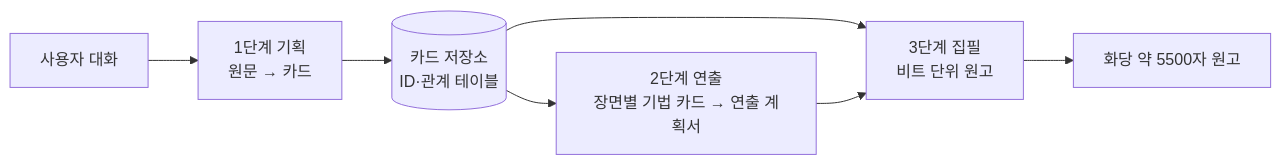
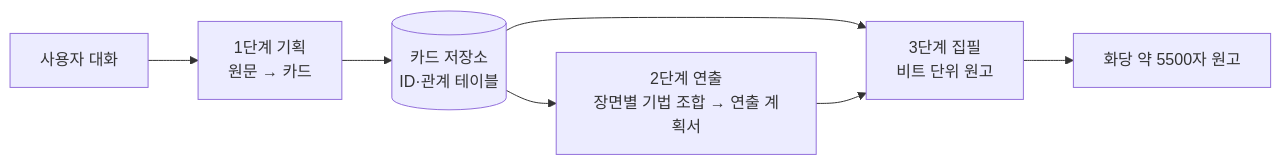
One commit to mminjae97/aiplot changed the first of 5 diagrams in README.md. Above: the diagram before and after it, drawn with Mermaid. The commit also changed other lines of this file and 1 other file, not shown here.

````diff
--- a/README.md
+++ b/README.md
@@ -44,9 +44,9 @@
 ```mermaid
 flowchart LR
     U[사용자 대화] --> S1[1단계 기획<br/>원문 → 카드]
     S1 --> DB[(카드 저장소<br/>ID·관계 테이블)]
-    DB --> S2[2단계 연출<br/>장면별 기법 카드 → 연출 계획서]
+    DB --> S2[2단계 연출<br/>장면별 기법 조합 → 연출 계획서]
     DB --> S3[3단계 집필<br/>비트 단위 원고]
     S2 --> S3
     S3 --> M[화당 약 5500자 원고]
 ```
````
